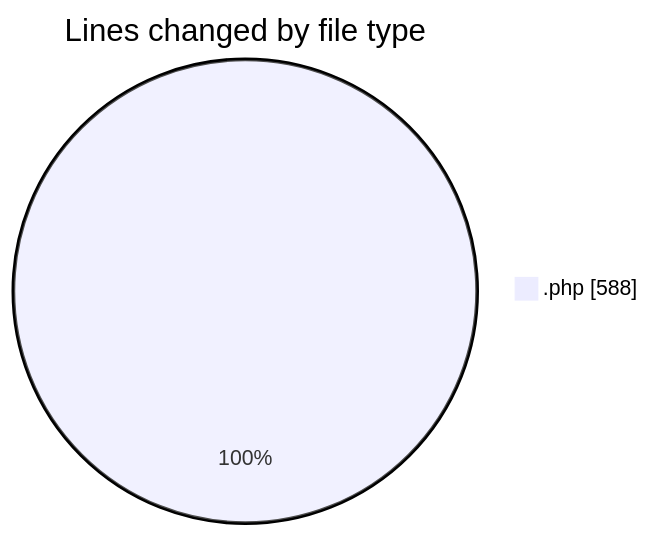
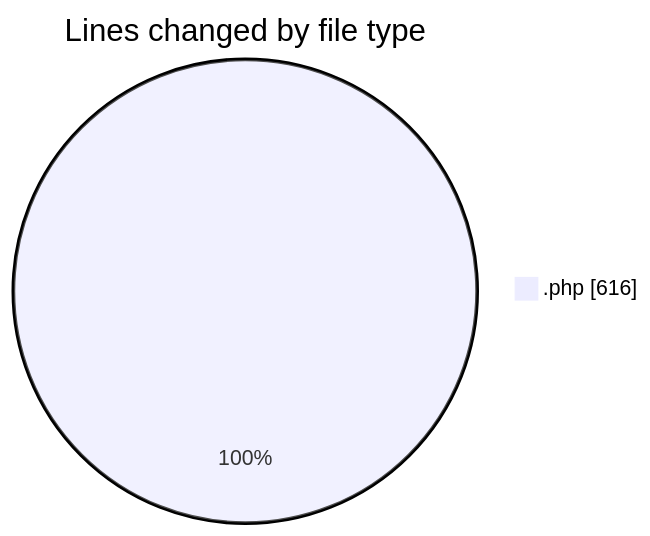
Before and after one commit to debugP/code-tracking: the first of 2 diagrams in 2026-07-09/wp-content/README.md, drawn with Mermaid. The commit also changed other lines of this file and 1 other file, not shown here.

````diff
--- a/2026-07-09/wp-content/README.md
+++ b/2026-07-09/wp-content/README.md
@@ -21,5 +21,5 @@
 ```mermaid
 pie showData
 title Lines changed by file type
-".php" : 588
+".php" : 616
 ```
````
